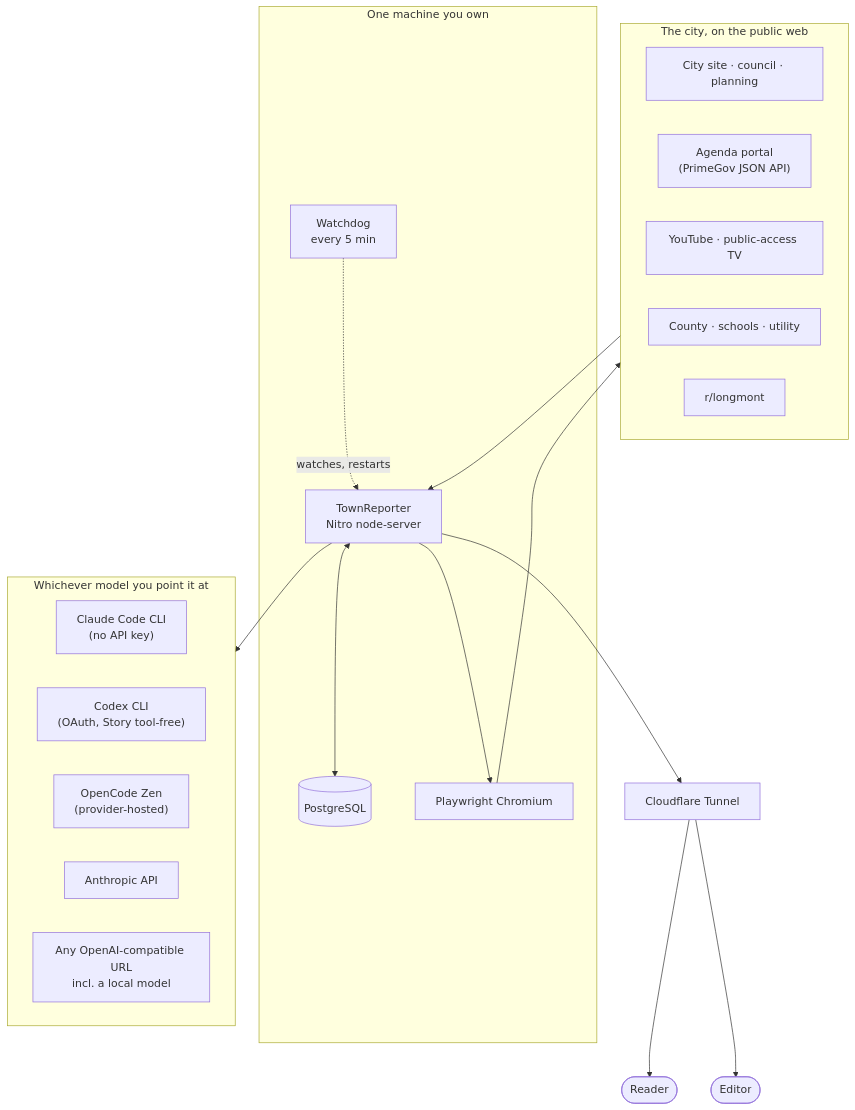
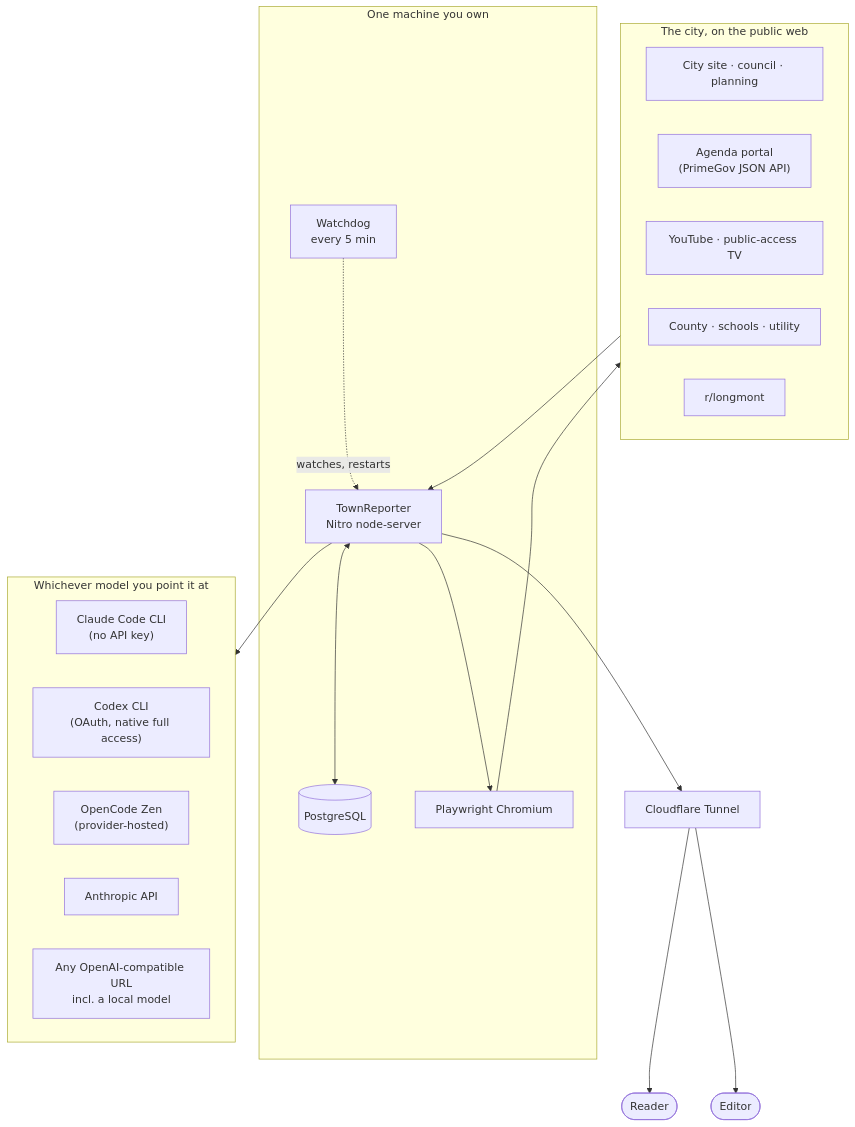
The first of 8 diagrams in docs/manual.md (scottconverse/TownReporter), drawn with Mermaid before and after one commit. The commit also changed other lines of this file and 45 other files, not shown here.

Commit message:
fix: restore native Codex drafting safely

````diff
--- a/docs/manual.md
+++ b/docs/manual.md
@@ -532,38 +548,38 @@
 ```mermaid
 flowchart TB
     subgraph outside["The city, on the public web"]
         CITY["City site · council · planning"]
         PORTAL["Agenda portal<br/>(PrimeGov JSON API)"]
         TAPE["YouTube · public-access TV"]
         COUNTY["County · schools · utility"]
         REDDIT["r/longmont"]
     end
 
     subgraph machine["One machine you own"]
         APP["TownReporter<br/>Nitro node-server"]
         DB[("PostgreSQL")]
         PW["Playwright Chromium"]
         WD["Watchdog<br/>every 5 min"]
     end
 
     subgraph models["Whichever model you point it at"]
         CC["Claude Code CLI<br/>(no API key)"]
-        CX["Codex CLI<br/>(OAuth, Story tool-free)"]
+        CX["Codex CLI<br/>(OAuth, native full access)"]
         ZEN["OpenCode Zen<br/>(provider-hosted)"]
         API["Anthropic API"]
         OAI["Any OpenAI-compatible URL<br/>incl. a local model"]
     end
 
     READER(["Reader"])
     EDITOR(["Editor"])
 
     outside --> APP
     APP <--> DB
     APP --> PW
     PW --> outside
     APP --> models
     WD -.watches, restarts.-> APP
     APP --> TUNNEL["Cloudflare Tunnel"]
     TUNNEL --> READER
     TUNNEL --> EDITOR
 ```
````
